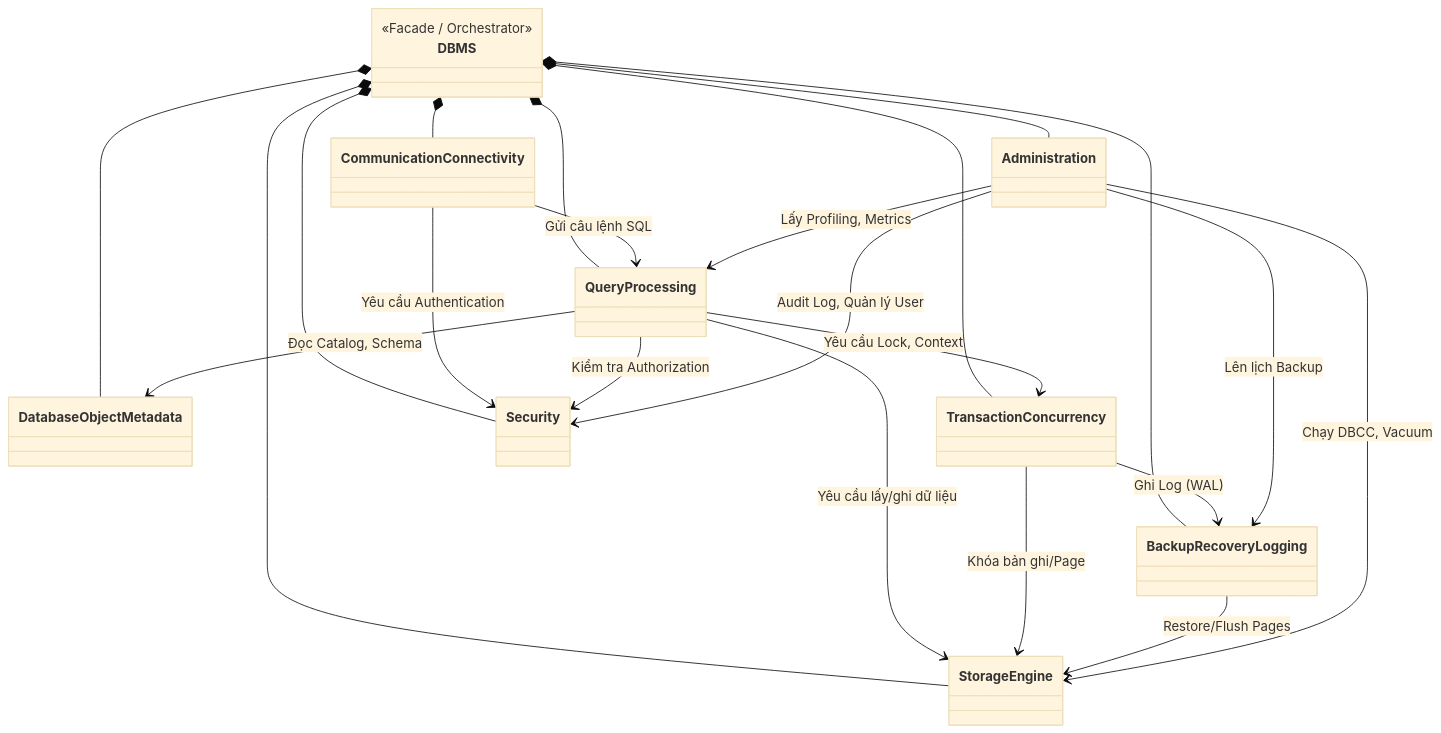
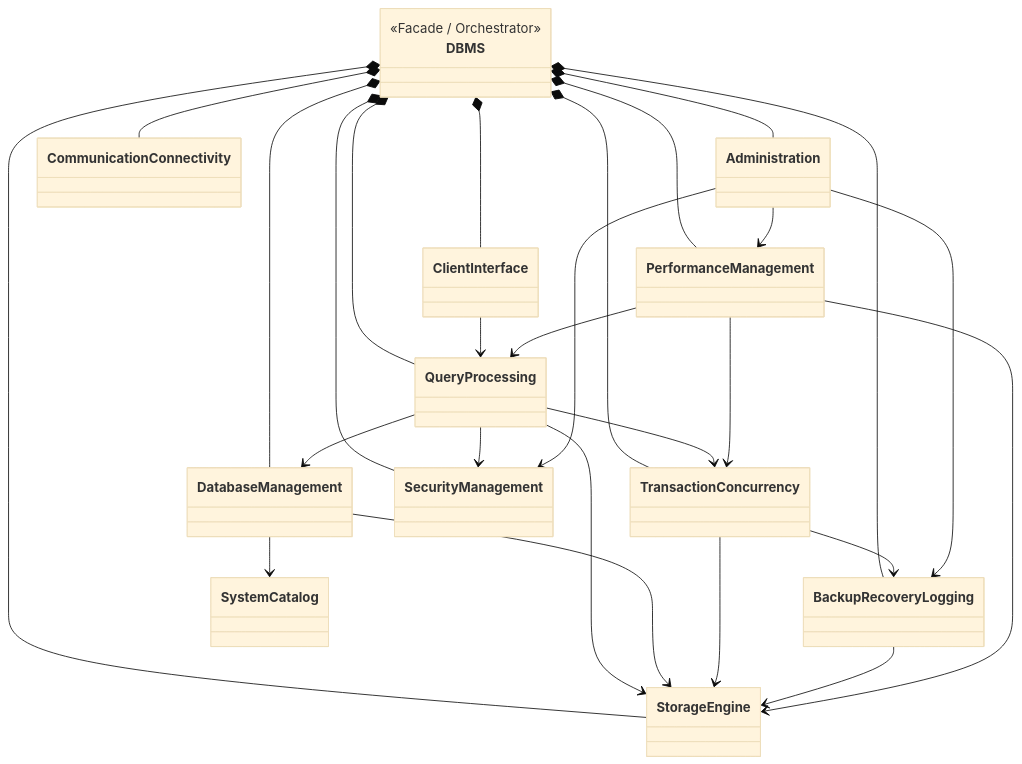
One commit to Ricky13170/DBMS_bbv changed the second of 2 diagrams in README.md. Above: the diagram before and after it, drawn with Mermaid (base theme). The commit also changed other lines of this file, not shown here.

Commit message:
Revise core subsystems count and relationships in README
Updated the number of core subsystems and added new subsystem relationships.

````diff
--- a/README.md
+++ b/README.md
@@ -24,37 +26,37 @@
 ```mermaid
 classDiagram
     direction TB
     
     class DBMS {
         <<Facade / Orchestrator>>
     }
 
-    DBMS *-- CommunicationConnectivity
+    DBMS *-- ClientInterface
     DBMS *-- QueryProcessing
-    DBMS *-- DatabaseObjectMetadata
+    DBMS *-- DatabaseManagement
     DBMS *-- StorageEngine
     DBMS *-- TransactionConcurrency
-    DBMS *-- Security
+    DBMS *-- SecurityManagement
     DBMS *-- Administration
     DBMS *-- BackupRecoveryLogging
+    DBMS *-- PerformanceManagement
+    DBMS *-- CommunicationConnectivity
     
-    %% Thiết lập sự phụ thuộc (Dependencies)
-    CommunicationConnectivity --> QueryProcessing : Gửi câu lệnh SQL
-    CommunicationConnectivity --> Security : Yêu cầu Authentication
-    
-    QueryProcessing --> DatabaseObjectMetadata : Đọc Catalog, Schema
-    QueryProcessing --> StorageEngine : Yêu cầu lấy/ghi dữ liệu
-    QueryProcessing --> TransactionConcurrency : Yêu cầu Lock, Context
-    QueryProcessing --> Security : Kiểm tra Authorization
-    
-    TransactionConcurrency --> StorageEngine : Khóa bản ghi/Page
-    TransactionConcurrency --> BackupRecoveryLogging : Ghi Log (WAL)
-    
-    BackupRecoveryLogging --> StorageEngine : Restore/Flush Pages
-    
-    Administration --> Security : Audit Log, Quản lý User
-    Administration --> BackupRecoveryLogging : Lên lịch Backup
-    Administration --> QueryProcessing : Lấy Profiling, Metrics
-    Administration --> StorageEngine : Chạy DBCC, Vacuum
+    ClientInterface --> QueryProcessing
+    QueryProcessing --> DatabaseManagement
+    QueryProcessing --> StorageEngine
+    QueryProcessing --> TransactionConcurrency
+    QueryProcessing --> SecurityManagement
+    DatabaseManagement --> SystemCatalog
+    DatabaseManagement --> StorageEngine
+    TransactionConcurrency --> StorageEngine
+    TransactionConcurrency --> BackupRecoveryLogging
+    BackupRecoveryLogging --> StorageEngine
+    PerformanceManagement --> QueryProcessing
+    PerformanceManagement --> StorageEngine
+    PerformanceManagement --> TransactionConcurrency
+    Administration --> SecurityManagement
+    Administration --> BackupRecoveryLogging
+    Administration --> PerformanceManagement
 
 ```
````
